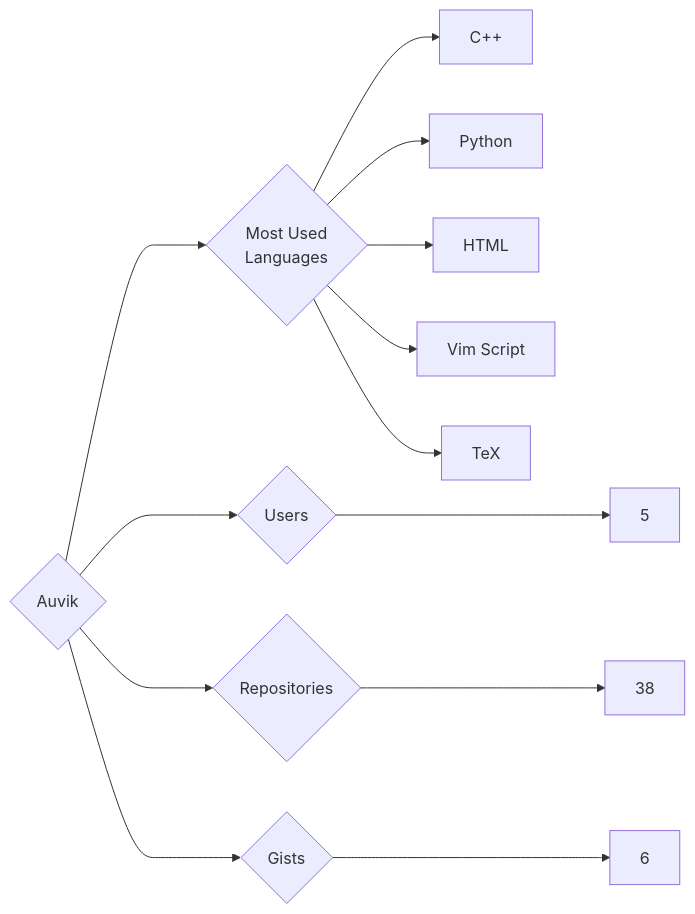
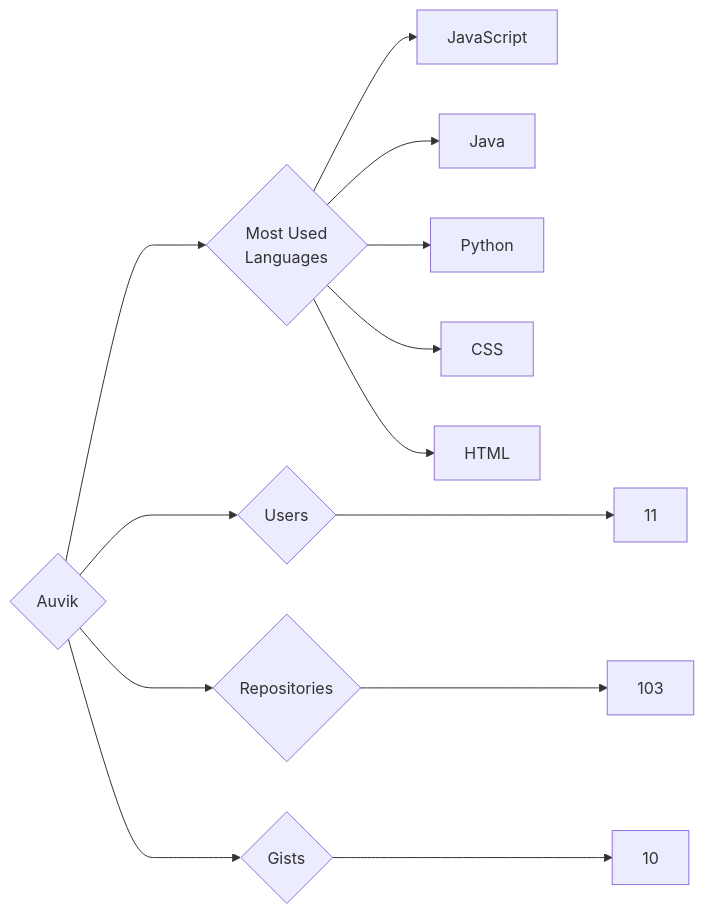
Before and after one commit to trickest/insiders: the diagram in targets/Auvik/README.md, drawn with Mermaid. The commit also changed 681 other files, not shown here.

````diff
--- a/targets/Auvik/README.md
+++ b/targets/Auvik/README.md
@@ -3,13 +3,13 @@
 ```mermaid
 graph LR
 COMPANY_NAME{Auvik}
-COMPANY_NAME ---> U{Users} ---> UN[5]
-COMPANY_NAME ---> R{Repositories} ---> RN[38]
-COMPANY_NAME ---> G{Gists} ---> GN[6]
+COMPANY_NAME ---> U{Users} ---> UN[11]
+COMPANY_NAME ---> R{Repositories} ---> RN[103]
+COMPANY_NAME ---> G{Gists} ---> GN[10]
 COMPANY_NAME ---> ML{Most Used<br>Languages}
-ML --> C++[C++]
+ML --> JavaScript[JavaScript]
+ML --> Java[Java]
 ML --> Python[Python]
+ML --> CSS[CSS]
 ML --> HTML[HTML]
-ML --> Vim_Script[Vim Script]
-ML --> TeX[TeX]
 ```
````
